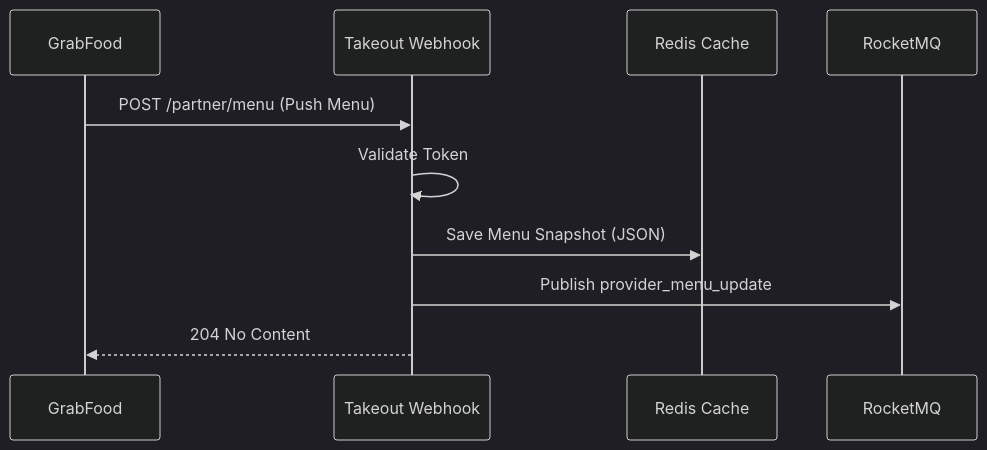
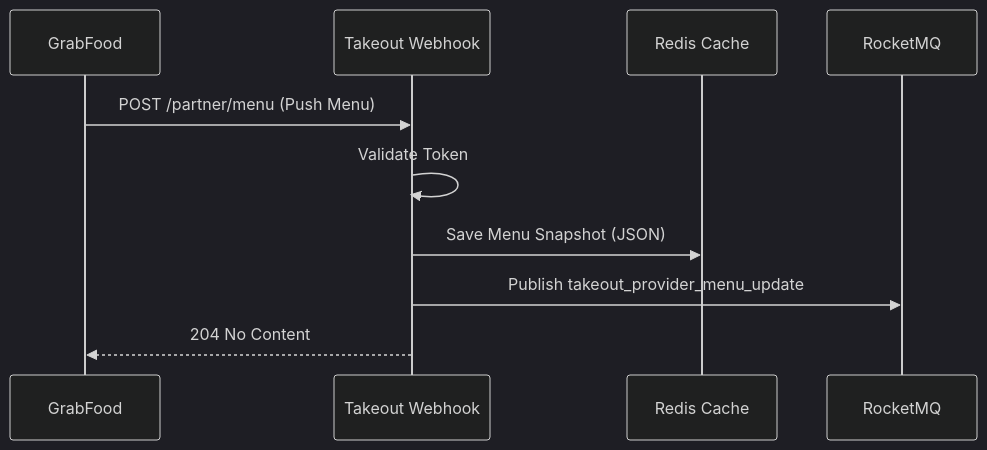
Before and after one commit to hitosea/ttpos-server-go: the diagram in docs/shared/specs/active/task-takeout-push-grab-menu-webhook/design.md, drawn with Mermaid (dark theme). The commit also changed 32 other files, not shown here.

````diff
--- a/docs/shared/specs/active/task-takeout-push-grab-menu-webhook/design.md
+++ b/docs/shared/specs/active/task-takeout-push-grab-menu-webhook/design.md
@@ -9,13 +9,13 @@
 ```mermaid
 sequenceDiagram
     participant Grab as GrabFood
     participant Webhook as Takeout Webhook
     participant Redis as Redis Cache
     participant MQ as RocketMQ
 
     Grab->>Webhook: POST /partner/menu (Push Menu)
     Webhook->>Webhook: Validate Token
     Webhook->>Redis: Save Menu Snapshot (JSON)
-    Webhook->>MQ: Publish provider_menu_update
+    Webhook->>MQ: Publish takeout_provider_menu_update
     Webhook-->>Grab: 204 No Content
 ```
````
